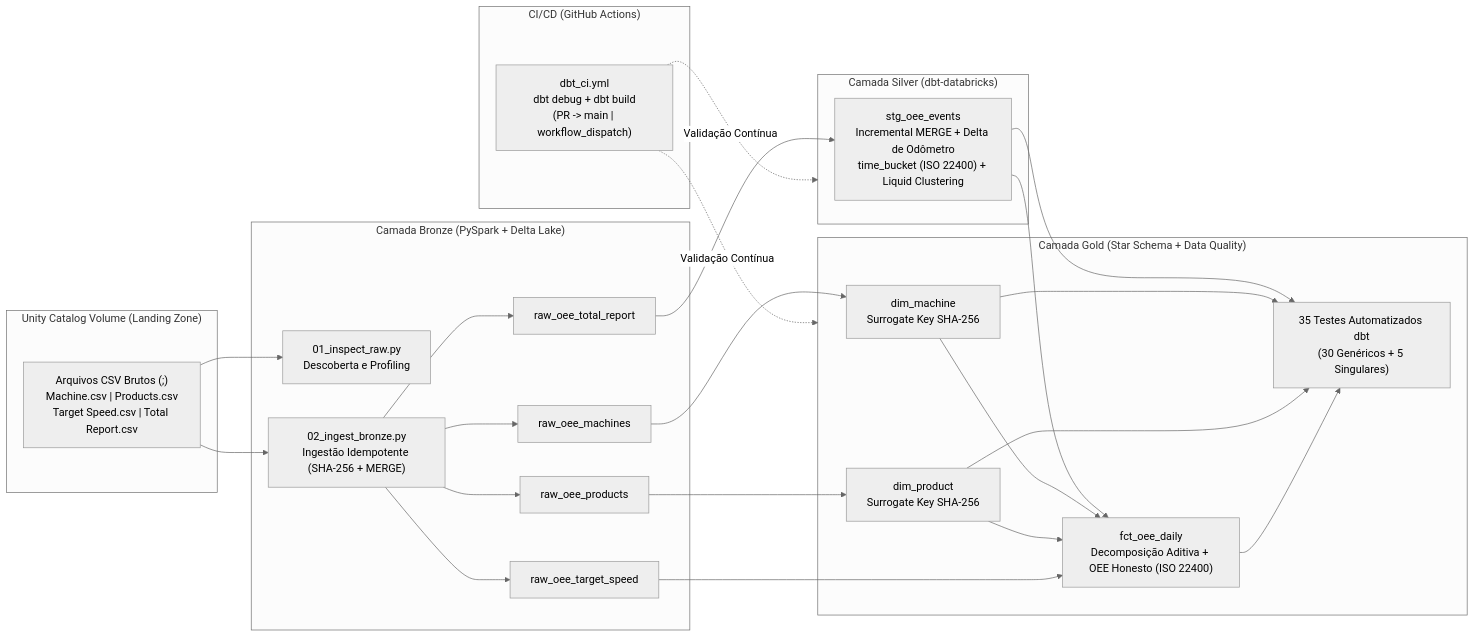
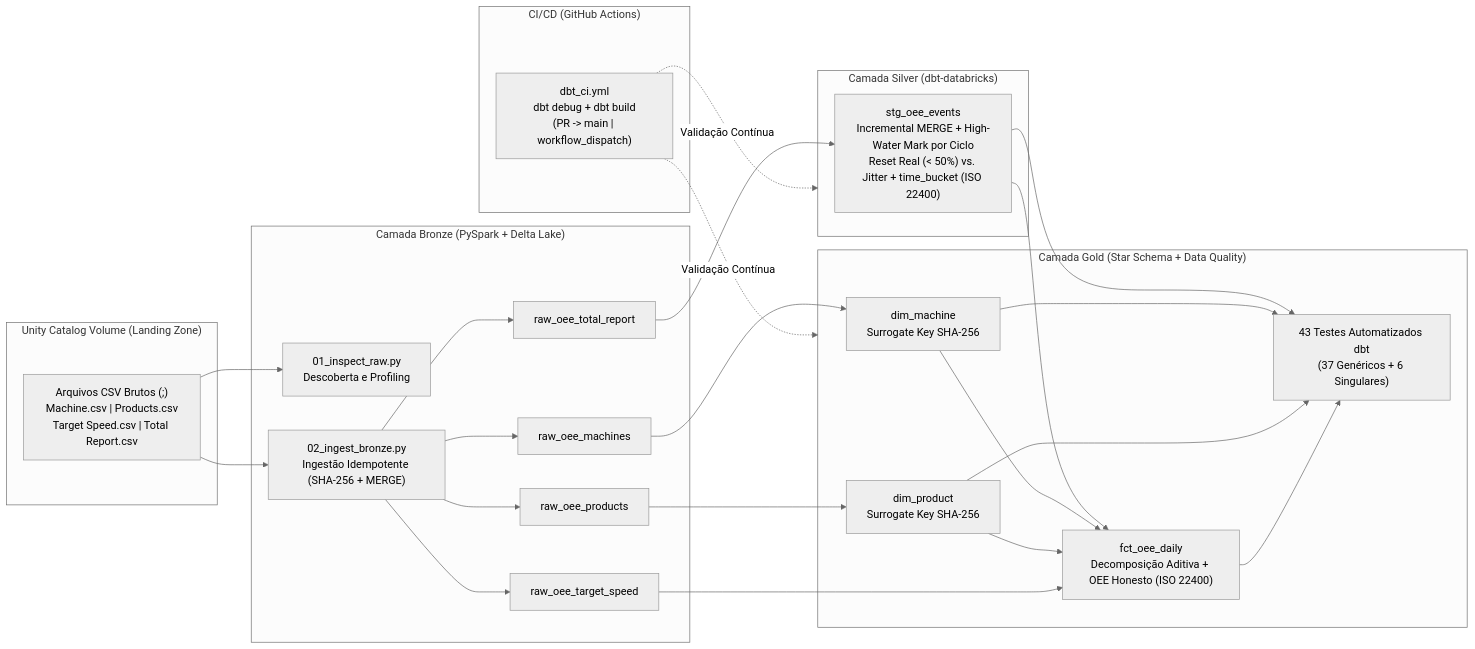
The diagram in README.md (Raniere-Pereira/industrial-oee-lakehouse), drawn with Mermaid (neutral theme) before and after one commit. The commit also changed other lines of this file and 4 other files, not shown here.

````diff
--- a/README.md
+++ b/README.md
@@ -11,44 +11,44 @@
 ```mermaid
 flowchart LR
     subgraph LZ["Unity Catalog Volume (Landing Zone)"]
         CSV["Arquivos CSV Brutos (;)<br/>Machine.csv | Products.csv<br/>Target Speed.csv | Total Report.csv"]
     end
 
     subgraph BR["Camada Bronze (PySpark + Delta Lake)"]
         NB1["01_inspect_raw.py<br/>Descoberta e Profiling"]
         NB2["02_ingest_bronze.py<br/>Ingestão Idempotente (SHA-256 + MERGE)"]
         T_B1["raw_oee_machines"]
         T_B2["raw_oee_products"]
         T_B3["raw_oee_target_speed"]
         T_B4["raw_oee_total_report"]
     end
 
     subgraph SV["Camada Silver (dbt-databricks)"]
-        STG["stg_oee_events<br/>Incremental MERGE + Delta de Odômetro<br/>time_bucket (ISO 22400) + Liquid Clustering"]
+        STG["stg_oee_events<br/>Incremental MERGE + High-Water Mark por Ciclo<br/>Reset Real (< 50%) vs. Jitter + time_bucket (ISO 22400)"]
     end
 
     subgraph GD["Camada Gold (Star Schema + Data Quality)"]
         DM["dim_machine<br/>Surrogate Key SHA-256"]
         DP["dim_product<br/>Surrogate Key SHA-256"]
         FCT["fct_oee_daily<br/>Decomposição Aditiva + OEE Honesto (ISO 22400)"]
-        TST["35 Testes Automatizados dbt<br/>(30 Genéricos + 5 Singulares)"]
+        TST["43 Testes Automatizados dbt<br/>(37 Genéricos + 6 Singulares)"]
     end
 
     subgraph CI["CI/CD (GitHub Actions)"]
         GHA["dbt_ci.yml<br/>dbt debug + dbt build<br/>(PR -> main | workflow_dispatch)"]
     end
 
     CSV --> NB1
     CSV --> NB2
     NB2 --> T_B1 & T_B2 & T_B3 & T_B4
     T_B4 --> STG
     T_B1 --> DM
     T_B2 --> DP
     STG --> FCT
     DM --> FCT
     DP --> FCT
     T_B3 --> FCT
     STG & DM & DP & FCT --> TST
     GHA -.->|"Validação Contínua"| SV
     GHA -.->|"Validação Contínua"| GD
 ```
````
